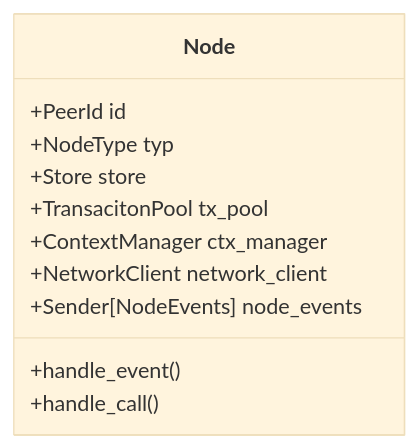
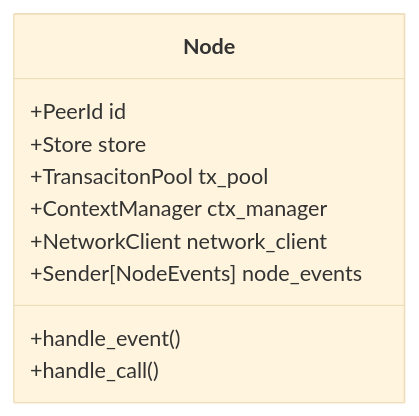
Before and after one commit to calimero-network/core: the first of 2 diagrams in crates/node/README.md, drawn with Mermaid (base theme). The commit also changed other lines of this file and 25 other files, not shown here.

````diff
--- a/crates/node/README.md
+++ b/crates/node/README.md
@@ -23,12 +22,11 @@
 ```mermaid
 classDiagram
     Node : +PeerId id
-    Node : +NodeType typ
     Node : +Store store
     Node : +TransacitonPool tx_pool
     Node : +ContextManager ctx_manager
     Node : +NetworkClient network_client
     Node : +Sender[NodeEvents] node_events
     Node: +handle_event()
     Node: +handle_call()
 ```
````
